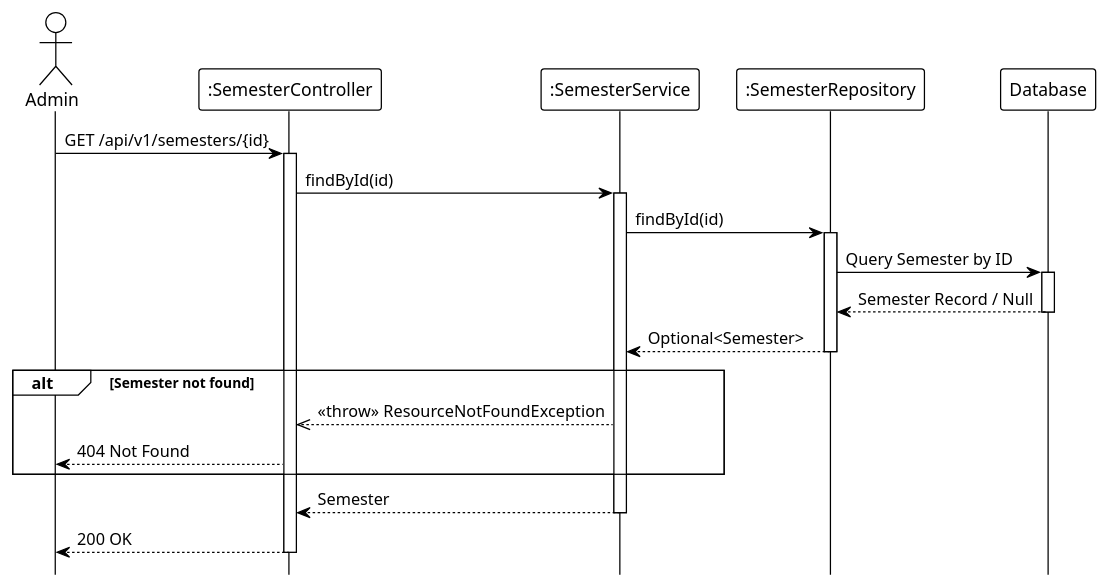
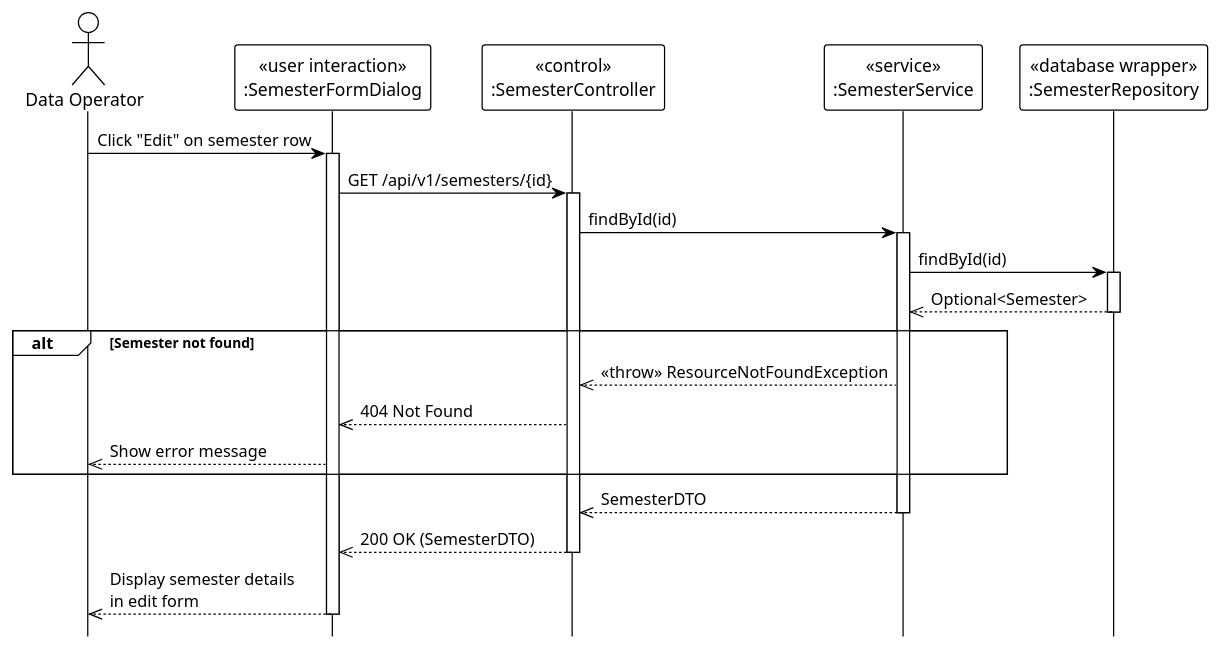
The diagram in system_detailed_design/06_view_semester_details/sequence_diagram_view_semester_details.puml (Ndh474/context), drawn with PlantUML before and after one commit. The commit also changed 6 other files, not shown here.

Commit message:
docs(system_detailed_design): update semester sequence diagrams with UML stereotypes

```diff
--- a/system_detailed_design/06_view_semester_details/sequence_diagram_view_semester_details.puml
+++ b/system_detailed_design/06_view_semester_details/sequence_diagram_view_semester_details.puml
@@ -1,41 +1,42 @@
 @startuml view_semester_details
 !theme plain
 hide footbox
 
-actor Admin
-participant ":SemesterController" as Controller
-participant ":SemesterService" as Service
-participant ":SemesterRepository" as Repository
-participant "Database" as DB
+actor "Data Operator" as DataOperator
 
-' --- MAIN FLOW ---
-Admin -> Controller: GET /api/v1/semesters/{id}
+participant "«user interaction»\n:SemesterFormDialog" as UI
+participant "«control»\n:SemesterController" as Controller
+participant "«service»\n:SemesterService" as Service
+participant "«database wrapper»\n:SemesterRepository" as Repository
+
+' === MAIN FLOW ===
+DataOperator -> UI: Click "Edit" on semester row
+activate UI
+
+UI -> Controller: GET /api/v1/semesters/{id}
 activate Controller
 
 Controller -> Service: findById(id)
 activate Service
 
 Service -> Repository: findById(id)
 activate Repository
-
-Repository -> DB: Query Semester by ID
-activate DB
-DB --> Repository: Semester Record / Null
-deactivate DB
-
-Repository --> Service: Optional<Semester>
+Repository -->> Service: Optional<Semester>
 deactivate Repository
 
-' --- VALIDATION LOGIC ---
 alt Semester not found
     Service -->> Controller: <<throw>> ResourceNotFoundException
-    Controller --> Admin: 404 Not Found
+    Controller -->> UI: 404 Not Found
+    UI -->> DataOperator: Show error message
 end
 
-Service --> Controller: Semester
+Service -->> Controller: SemesterDTO
 deactivate Service
 
-Controller --> Admin: 200 OK
+Controller -->> UI: 200 OK (SemesterDTO)
 deactivate Controller
 
+UI -->> DataOperator: Display semester details\nin edit form
+deactivate UI
+
 @enduml
```
